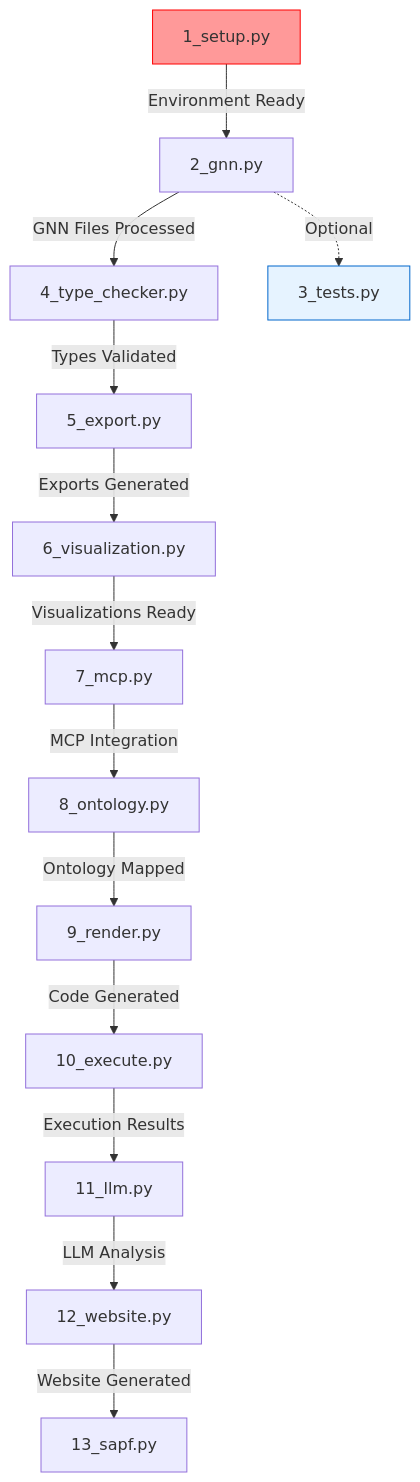
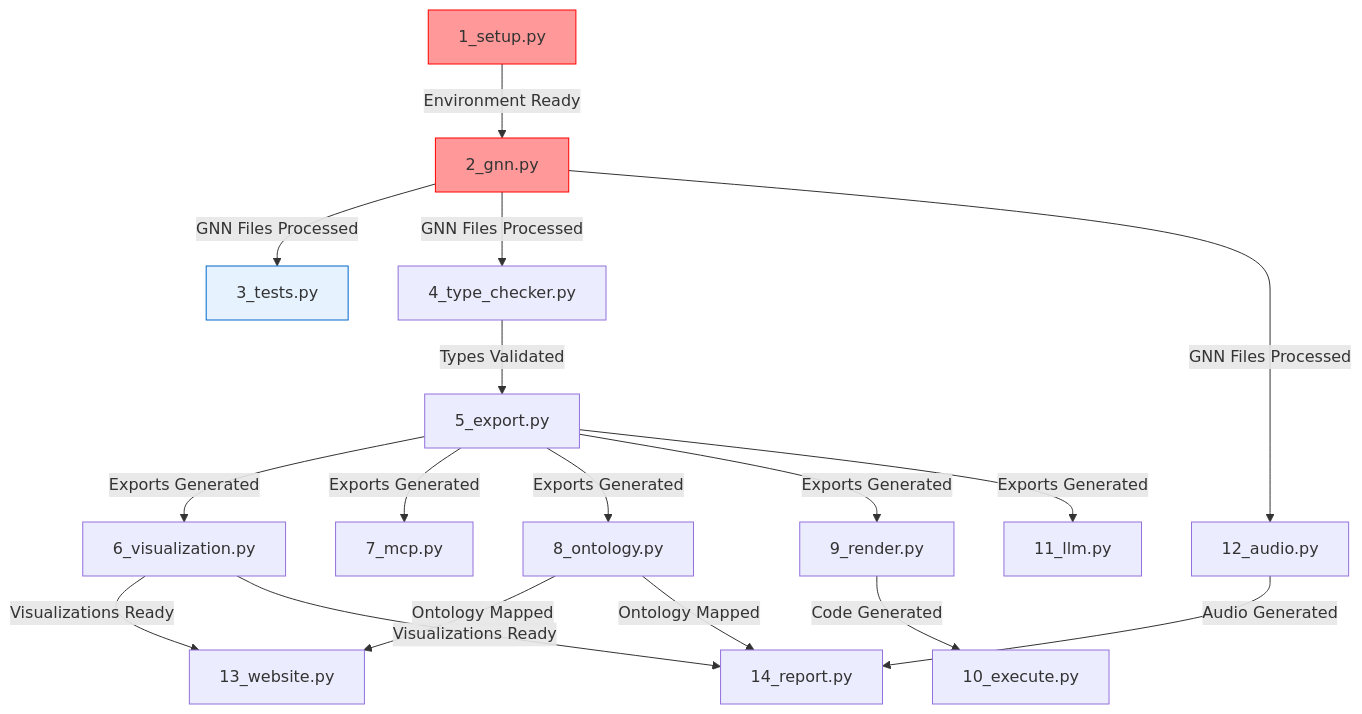
Before and after one commit to ActiveInferenceInstitute/GeneralizedNotationNotation: the diagram in doc/pipeline/PIPELINE_FLOW.md, drawn with Mermaid. The commit also changed other lines of this file and 44 other files, not shown here.

````diff
--- a/doc/pipeline/PIPELINE_FLOW.md
+++ b/doc/pipeline/PIPELINE_FLOW.md
@@ -10,19 +10,23 @@
 ```mermaid
 graph TD
     A[1_setup.py] -->|Environment Ready| B[2_gnn.py]
-    B -->|GNN Files Processed| C[4_type_checker.py]
-    C -->|Types Validated| D[5_export.py]
-    D -->|Exports Generated| E[6_visualization.py]
-    E -->|Visualizations Ready| F[7_mcp.py]
-    F -->|MCP Integration| G[8_ontology.py]
-    G -->|Ontology Mapped| H[9_render.py]
-    H -->|Code Generated| I[10_execute.py]
-    I -->|Execution Results| J[11_llm.py]
-    J -->|LLM Analysis| K[12_website.py]
-    K -->|Website Generated| L[13_sapf.py]
-    
-    B -.->|Optional| M[3_tests.py]
+    B -->|GNN Files Processed| C[3_tests.py]
+    B -->|GNN Files Processed| D[4_type_checker.py]
+    D -->|Types Validated| E[5_export.py]
+    E -->|Exports Generated| F[6_visualization.py]
+    E -->|Exports Generated| G[7_mcp.py]
+    E -->|Exports Generated| H[8_ontology.py]
+    E -->|Exports Generated| I[9_render.py]
+    I -->|Code Generated| J[10_execute.py]
+    E -->|Exports Generated| K[11_llm.py]
+    B -->|GNN Files Processed| L[12_audio.py]
+    F -->|Visualizations Ready| M[13_website.py]
+    H -->|Ontology Mapped| M
+    F -->|Visualizations Ready| N[14_report.py]
+    H -->|Ontology Mapped| N
+    L -->|Audio Generated| N
     
     style A fill:#ff9999,stroke:#ff0000
-    style M fill:#e6f3ff,stroke:#0066cc
+    style B fill:#ff9999,stroke:#ff0000
+    style C fill:#e6f3ff,stroke:#0066cc
 ```
````
